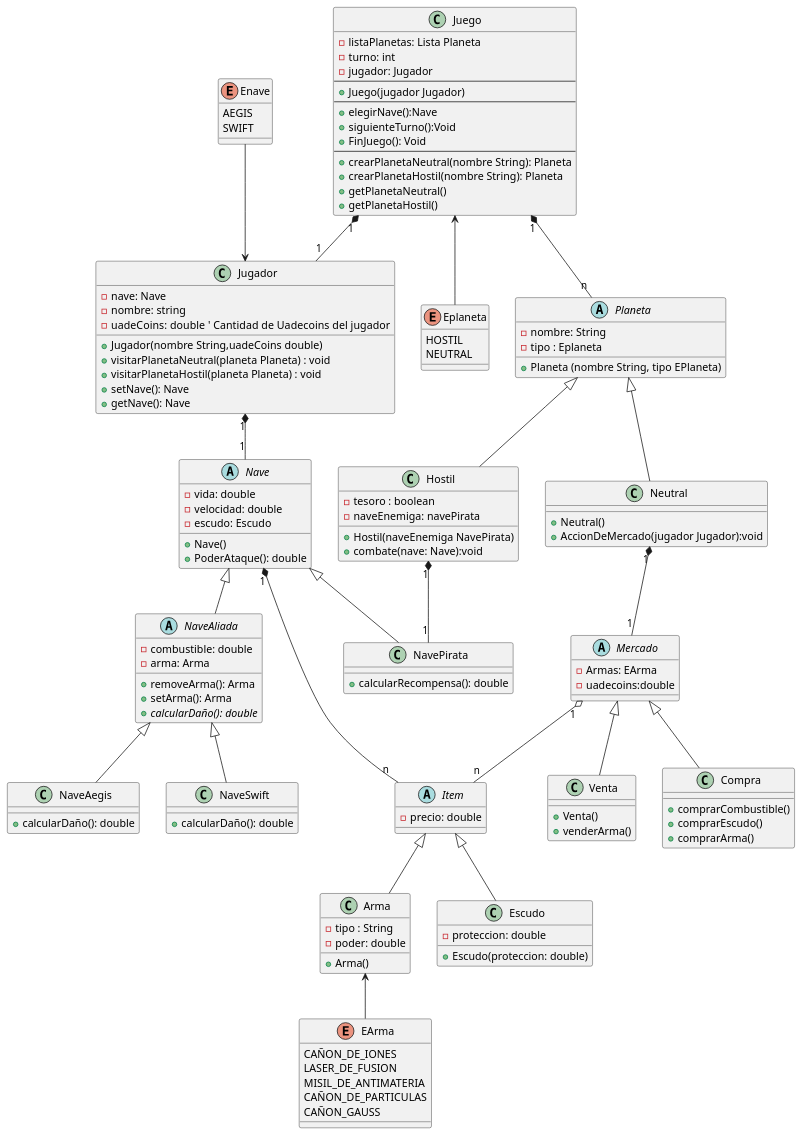
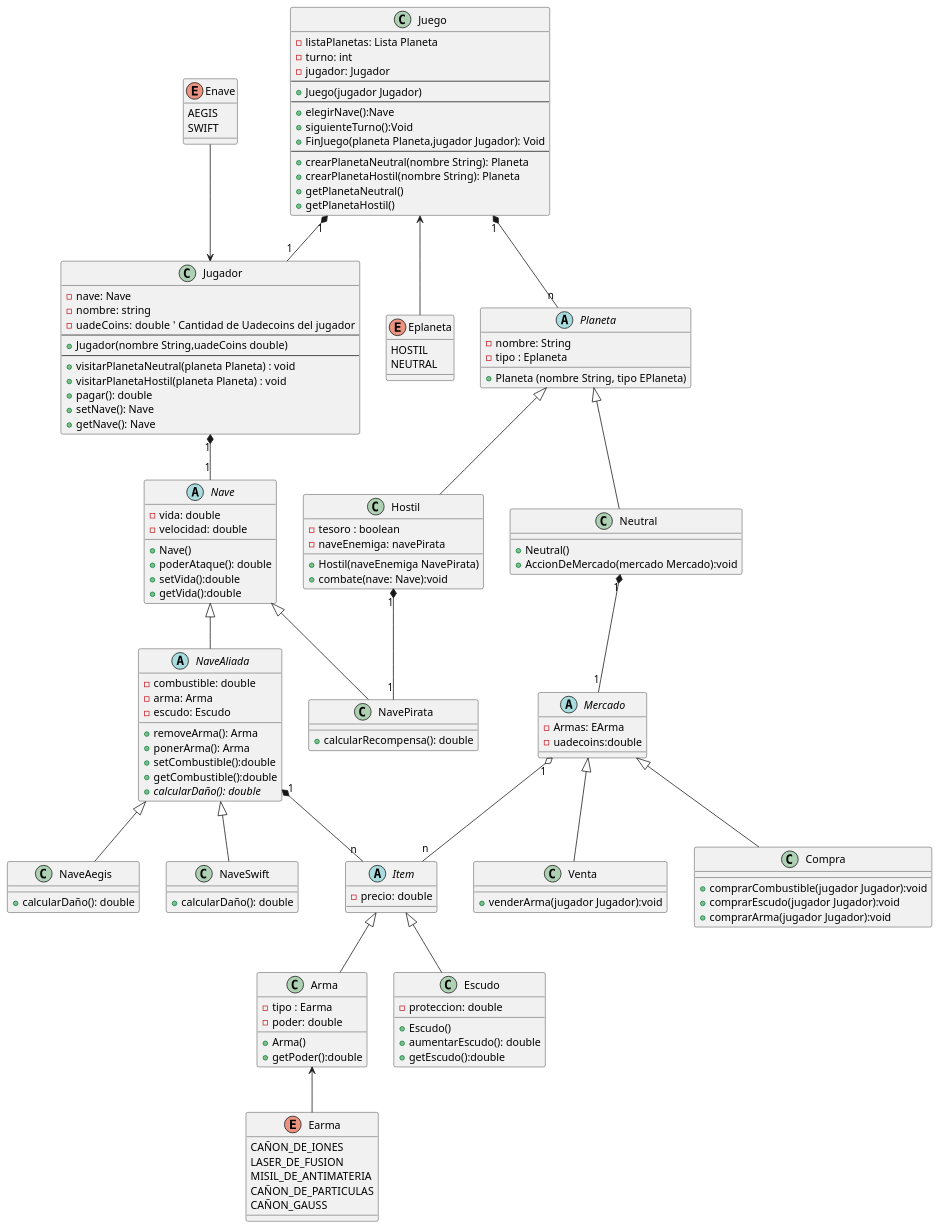
Before and after one commit to ianlio-git/LostGalaxy: the diagram in src/TPO_classDiagram/TPO_ClassDiagram.puml, drawn with PlantUML. The commit also changed 1 other file, not shown here.

Commit message:
Diagrama de clases modificado

```diff
--- a/src/TPO_classDiagram/TPO_ClassDiagram.puml
+++ b/src/TPO_classDiagram/TPO_ClassDiagram.puml
@@ -3,139 +3,144 @@
 @startuml
 'class Juego
 Enave --> Jugador
 enum Enave{
     AEGIS
     SWIFT
 }
 Juego <-- Eplaneta
 enum Eplaneta{
     HOSTIL
     NEUTRAL
 }
-Arma <-- EArma
-enum EArma{
+Arma <-- Earma
+enum Earma{
    CAÑON_DE_IONES
    LASER_DE_FUSION
    MISIL_DE_ANTIMATERIA
    CAÑON_DE_PARTICULAS
    CAÑON_GAUSS
 }
 Juego "1" *-- "n" Planeta
 Juego "1" *-- "1" Jugador
 class Juego {
     - listaPlanetas: Lista Planeta
     - turno: int
     - jugador: Jugador
     --
     + Juego(jugador Jugador)
     --
     + elegirNave():Nave
     + siguienteTurno():Void
-    + FinJuego(): Void
+    + FinJuego(planeta Planeta,jugador Jugador): Void
     --
     + crearPlanetaNeutral(nombre String): Planeta
     + crearPlanetaHostil(nombre String): Planeta
     + getPlanetaNeutral()
     + getPlanetaHostil()
 }
 Jugador "1" *-- "1" Nave
 'class Jugador
 class Jugador {
     - nave: Nave
     - nombre: string
     - uadeCoins: double  ' Cantidad de Uadecoins del jugador
-
+    --
     + Jugador(nombre String,uadeCoins double)
+    --
     + visitarPlanetaNeutral(planeta Planeta) : void
     + visitarPlanetaHostil(planeta Planeta) : void
+    + pagar(): double
     + setNave(): Nave
     + getNave(): Nave
 }
 
 'class Nave
 abstract class Nave {
     - vida: double
     - velocidad: double
-    - escudo: Escudo
     + Nave()
-    + PoderAtaque(): double
-
+    + poderAtaque(): double
+    + setVida():double
+    + getVida():double
 }
 abstract class NaveAliada extends Nave{
  - combustible: double
  - arma: Arma
+ - escudo: Escudo
  + removeArma(): Arma
- + setArma(): Arma
+ + ponerArma(): Arma
+ + setCombustible():double
+ + getCombustible():double
  + {abstract} calcularDaño(): double
 }
 ' Clase para Nave Aegis
 class NaveAegis extends NaveAliada{
 + calcularDaño(): double
 }
 ' Clase para Nave Swift
 class NaveSwift extends NaveAliada {
 + calcularDaño(): double
 }
-Nave "1"*--"n" Item
+NaveAliada "1"*--"n" Item
 abstract class Item{
 - precio: double
 
 }
 'class Arma
 class Arma extends Item{
-    - tipo : String
+    - tipo : Earma
     - poder: double
     + Arma()
-
+    + getPoder():double
 }
 
 'class Escudo
 class Escudo extends Item {
     - proteccion: double
-    + Escudo(proteccion: double)
+    + Escudo()
+    + aumentarEscudo(): double
+    + getEscudo():double
 }
 Hostil "1"*--"1" NavePirata
 'class Enemigo
 class NavePirata extends Nave {
     + calcularRecompensa(): double
 }
 
 'class Planeta
 
 Neutral "1"*--"1" Mercado
 abstract class Planeta {
     - nombre: String
     - tipo : Eplaneta
     + Planeta (nombre String, tipo EPlaneta)
 }
 
 'class Mercado
 class Neutral extends Planeta{
     + Neutral()
-    + AccionDeMercado(jugador Jugador):void
+    + AccionDeMercado(mercado Mercado):void
 }
 Mercado "1" o-- "n" Item
 Abstract class Mercado {
     -Armas: EArma
     -uadecoins:double
 }
 class Venta extends Mercado{
-    + Venta()
-    + venderArma()
+    + venderArma(jugador Jugador):void
 }
 class Compra extends Mercado{
-    + comprarCombustible()
-    + comprarEscudo()
-    + comprarArma()
+    + comprarCombustible(jugador Jugador):void
+    + comprarEscudo(jugador Jugador):void
+    + comprarArma(jugador Jugador):void
 }
-
-' Subclase de Planeta: Hostil
+'Subclase de Planeta: Hostil
 class Hostil extends Planeta{
     - tesoro : boolean
     - naveEnemiga: navePirata
     + Hostil(naveEnemiga NavePirata)
     + combate(nave: Nave):void
 }
 
 
 @enduml
```
